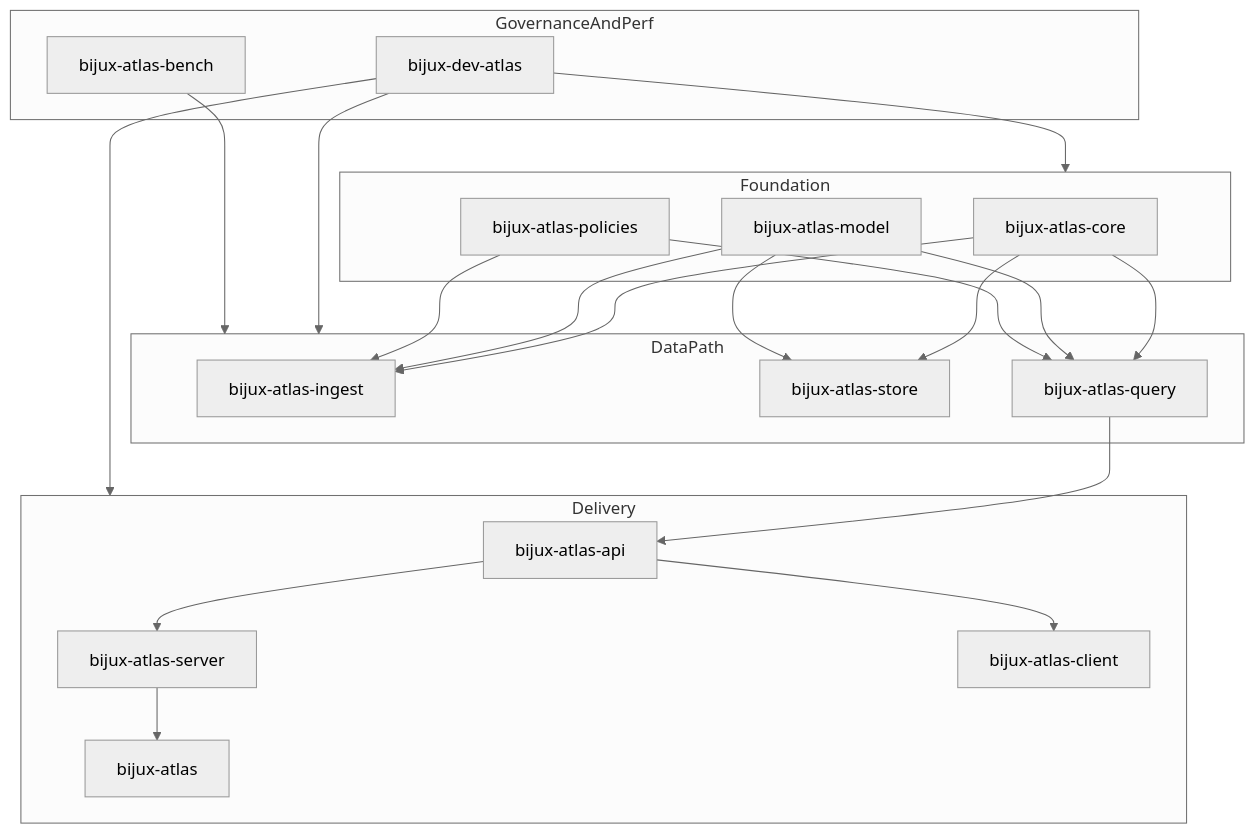
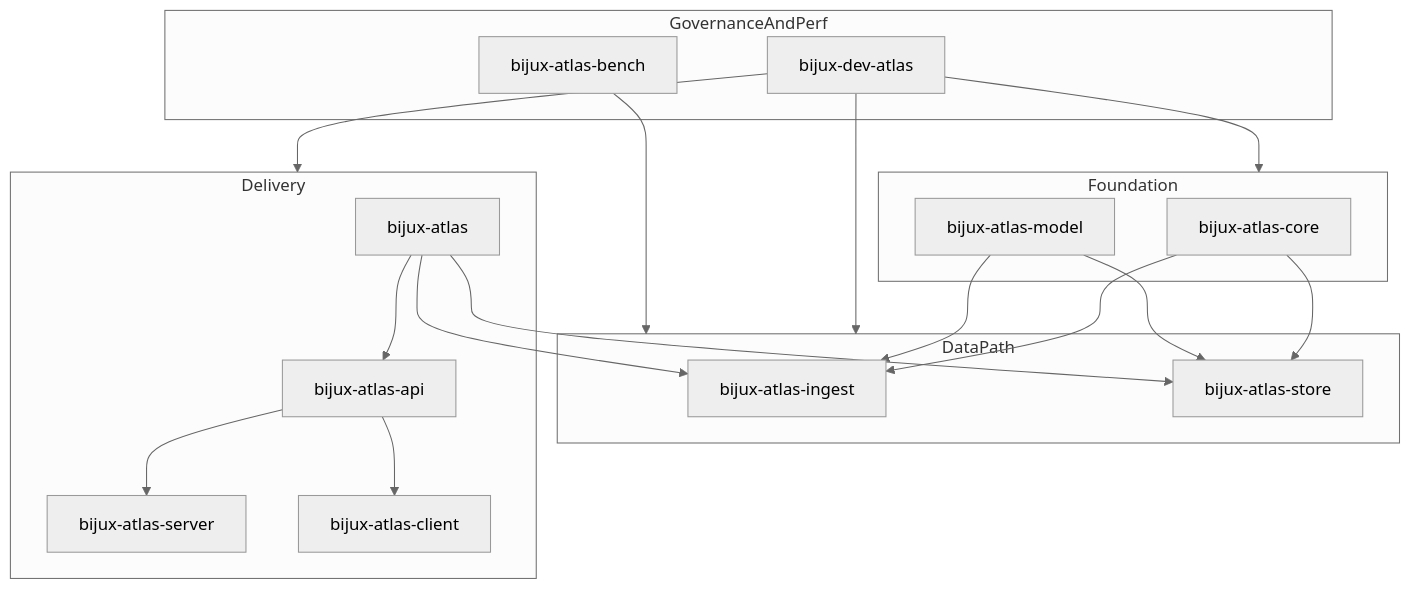
One commit to bijux/bijux-atlas changed the diagram in docs/architecture/why-this-structure-exists.md. Above: the diagram before and after it, drawn with Mermaid (neutral theme). The commit also changed other lines of this file and 132 other files, not shown here.

````diff
--- a/docs/architecture/why-this-structure-exists.md
+++ b/docs/architecture/why-this-structure-exists.md
@@ -95,39 +95,34 @@
 ```mermaid
 flowchart TD
   subgraph Foundation
     C[bijux-atlas-core]
     M[bijux-atlas-model]
-    P[bijux-atlas-policies]
   end
   subgraph DataPath
     I[bijux-atlas-ingest]
     S[bijux-atlas-store]
-    Q[bijux-atlas-query]
   end
   subgraph Delivery
     A[bijux-atlas-api]
     SRV[bijux-atlas-server]
     CLI[bijux-atlas]
     CLT[bijux-atlas-client]
   end
   subgraph GovernanceAndPerf
     DEV[bijux-dev-atlas]
     B[bijux-atlas-bench]
   end
   C --> I
   C --> S
-  C --> Q
   M --> I
   M --> S
-  M --> Q
-  P --> I
-  P --> Q
-  Q --> A
+  CLI --> I
+  CLI --> S
   A --> SRV
   A --> CLT
-  SRV --> CLI
+  CLI --> A
   DEV --> Foundation
   DEV --> DataPath
   DEV --> Delivery
   B --> DataPath
 ```
````
